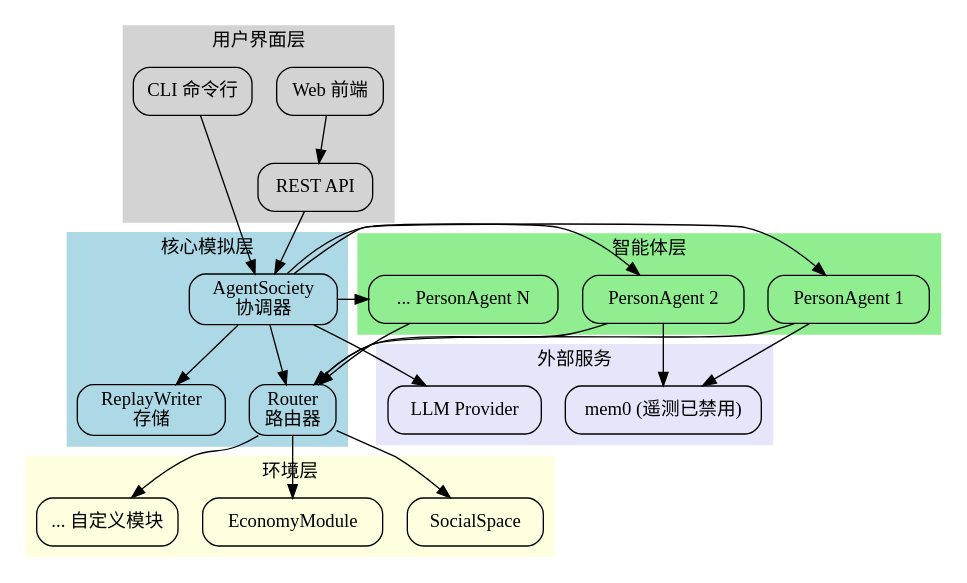
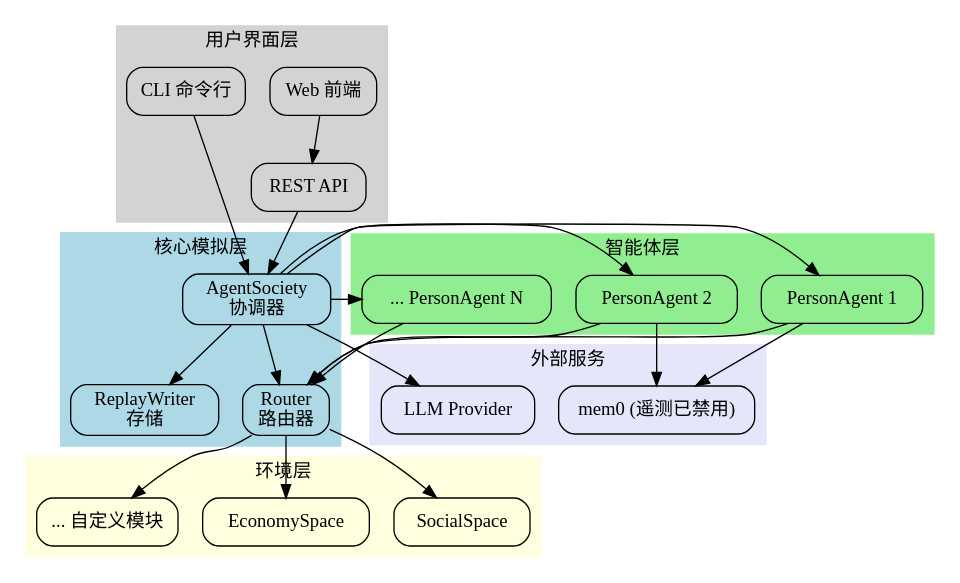
Before and after one commit to jeevesh415/AgentSociety: the second of 4 diagrams in packages/agentsociety2/docs/concepts.rst, drawn with Graphviz. The commit also changed 35 other files, not shown here.

```diff
--- a/packages/agentsociety2/docs/concepts.rst
+++ b/packages/agentsociety2/docs/concepts.rst
@@ -34,73 +34,73 @@
 .. graphviz::
 
    digraph full_architecture {
        rankdir=TB;
        node [shape=box, style=rounded];
        edge [fontsize=10];
 
        subgraph cluster_ui {
            label = "用户界面层";
            style=filled;
            color=lightgrey;
            CLI [label="CLI 命令行"];
            WebUI [label="Web 前端"];
            API [label="REST API"];
        }
 
        subgraph cluster_core {
            label = "核心模拟层";
            style=filled;
            color=lightblue;
            Society [label="AgentSociety\n协调器"];
            Router [label="Router\n路由器"];
            Storage [label="ReplayWriter\n存储"];
        }
 
        subgraph cluster_agents {
            label = "智能体层";
            style=filled;
            color=lightgreen;
            Agent1 [label="PersonAgent 1"];
            Agent2 [label="PersonAgent 2"];
            AgentN [label="... PersonAgent N"];
        }
 
        subgraph cluster_env {
            label = "环境层";
            style=filled;
            color=lightyellow;
            Env1 [label="SocialSpace"];
-           Env2 [label="EconomyModule"];
+           Env2 [label="EconomySpace"];
            EnvN [label="... 自定义模块"];
        }
 
        subgraph cluster_external {
            label = "外部服务";
            style=filled;
            color=lavender;
            LLM [label="LLM Provider"];
            Memory [label="mem0 (遥测已禁用)"];
        }
 
        CLI -> Society;
        WebUI -> API;
        API -> Society;
 
        Society -> Router;
        Society -> Storage;
        Society -> Agent1;
        Society -> Agent2;
        Society -> AgentN;
 
        Router -> Env1;
        Router -> Env2;
        Router -> EnvN;
 
        Agent1 -> Router;
        Agent2 -> Router;
        AgentN -> Router;
 
        Society -> LLM;
        Agent1 -> Memory;
        Agent2 -> Memory;
    }
```
